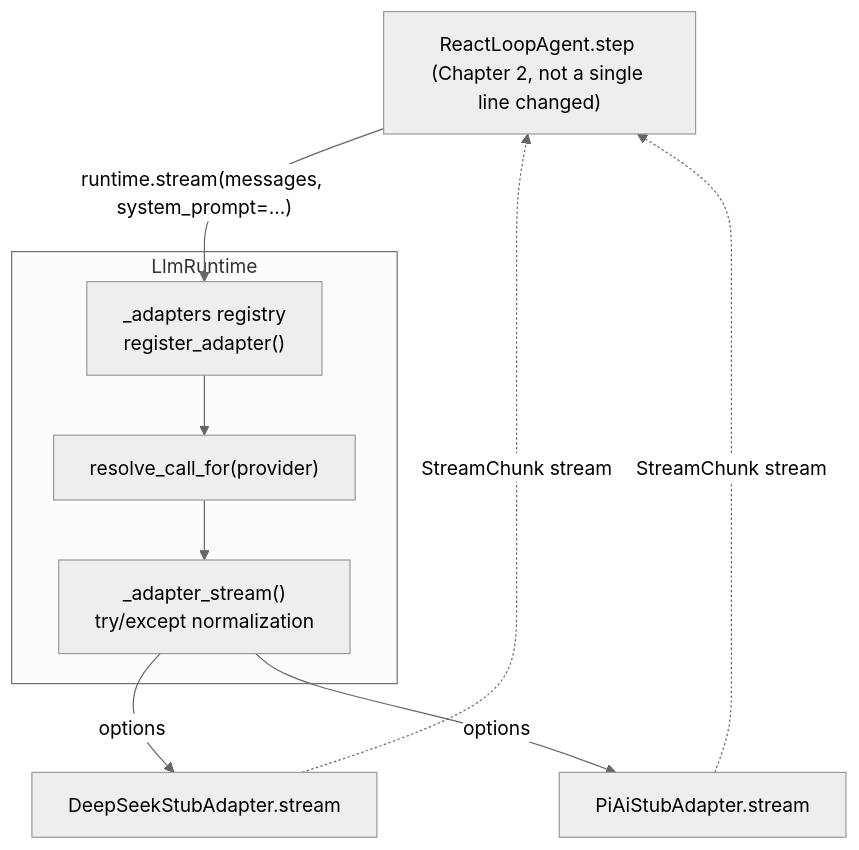
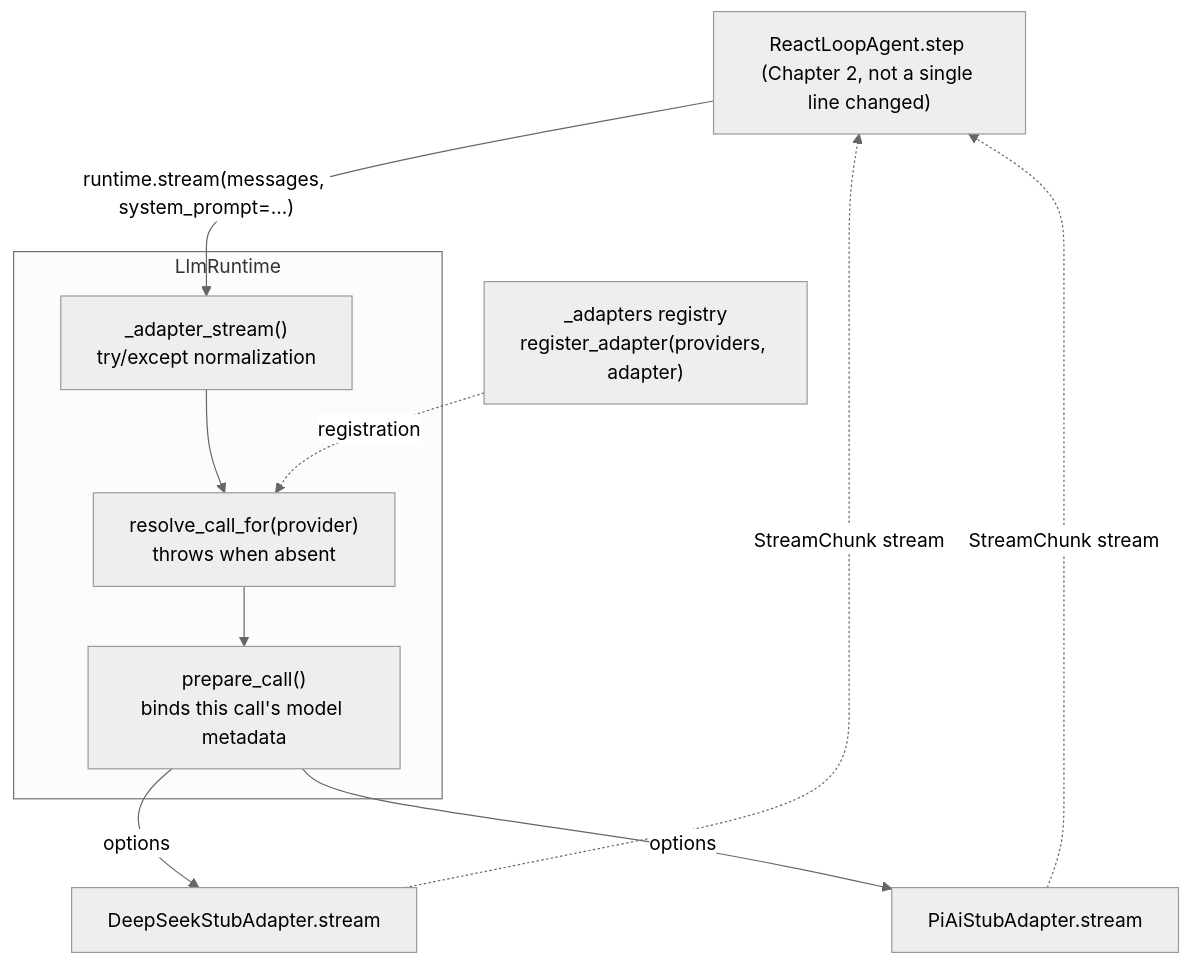
One commit to ChenYu1991ppak/deepseek-harness-anatomy changed the first of 5 diagrams in ch07/ch07-llm-adaptation-streaming_en.md. Above: the diagram before and after it, drawn with Mermaid (neutral theme). The commit also changed other lines of this file and 124 other files, not shown here.

````diff
--- a/ch07/ch07-llm-adaptation-streaming_en.md
+++ b/ch07/ch07-llm-adaptation-streaming_en.md
@@ -106,12 +110,13 @@
 ```mermaid
 flowchart TB
-    STEP["ReactLoopAgent.step (Chapter 2, not a single line changed)"] -- "runtime.stream(messages, system_prompt=...)" --> REG
+    STEP["ReactLoopAgent.step (Chapter 2, not a single line changed)"] -- "runtime.stream(messages, system_prompt=...)" --> WRAP
     subgraph RT["LlmRuntime"]
-        REG["_adapters registry<br/>register_adapter()"] --> ROUTE["resolve_call_for(provider)"]
-        ROUTE --> WRAP["_adapter_stream()<br/>try/except normalization"]
+        WRAP["_adapter_stream()<br/>try/except normalization"] --> ROUTE["resolve_call_for(provider)<br/>throws when absent"]
+        ROUTE --> PREP["prepare_call()<br/>binds this call's model metadata"]
     end
-    WRAP -- options --> DS["DeepSeekStubAdapter.stream"]
-    WRAP -- options --> PI["PiAiStubAdapter.stream"]
+    REG["_adapters registry<br/>register_adapter(providers, adapter)"] -. "registration" .-> ROUTE
+    PREP -- options --> DS["DeepSeekStubAdapter.stream"]
+    PREP -- options --> PI["PiAiStubAdapter.stream"]
     DS -. "StreamChunk stream" .-> STEP
     PI -. "StreamChunk stream" .-> STEP
 ```
````
